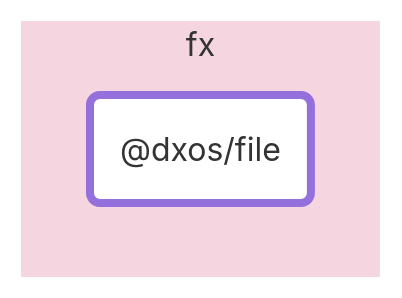
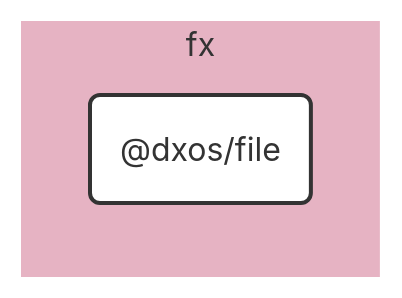
One commit to dxos/dxos changed the diagram in packages/fx/file/docs/README.md. Above: the diagram before and after it, drawn with Mermaid. The commit also changed 69 other files, not shown here.

````diff
--- a/packages/fx/file/docs/README.md
+++ b/packages/fx/file/docs/README.md
@@ -7,12 +7,25 @@
 ```mermaid
-flowchart LR;
+%%{ init: {'flowchart':{'curve':'basis'}} }%%
 
-style dxos/file fill:#fff,stroke-width:4px;
+flowchart LR
+
+%% Links
+
+%% Sections
+subgraph fx
+  style fx fill:#e6b3c3,stroke:#fff;
+
+  dxos/file("@dxos/file")
+end
 
 
-subgraph fx
-  style fx fill:#f5d6e0,stroke:#fff;
-  dxos/file("@dxos/file");
-end
+%% Hyperlinks
+
+%% Styles
+classDef rootNode fill:#fff,stroke:#333,stroke-width:2px
+classDef defaultNode fill:#fff,stroke:#333,stroke-width:1px
+linkStyle default stroke:#333,stroke-width:1px
+
+dxos/file:::rootNode
 
 ```
````
